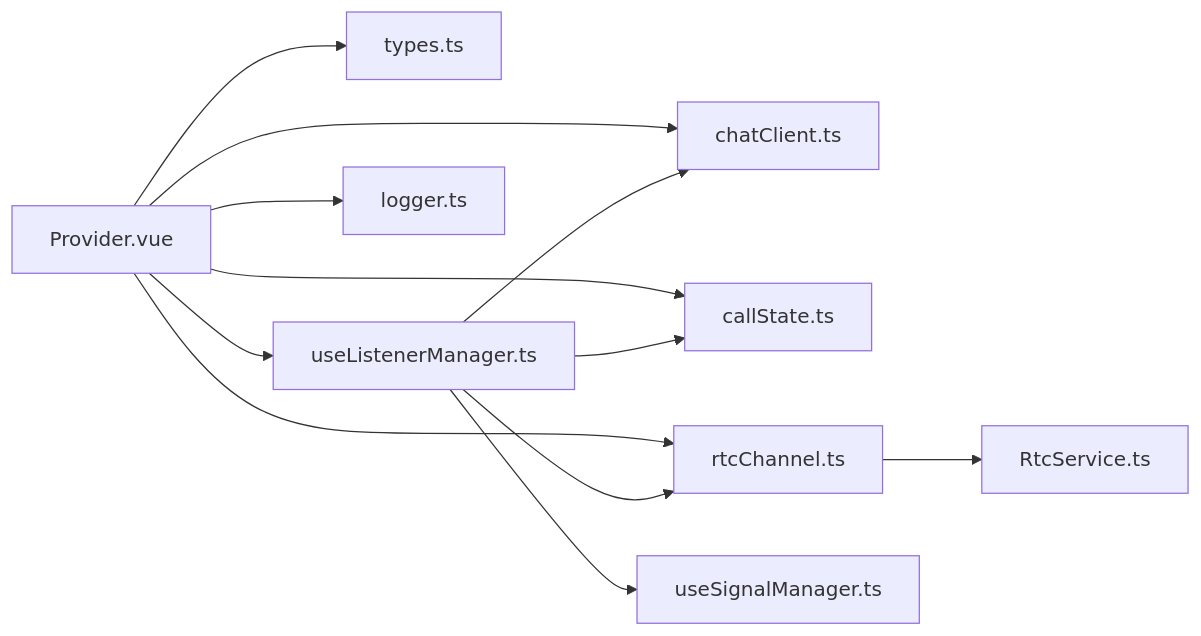
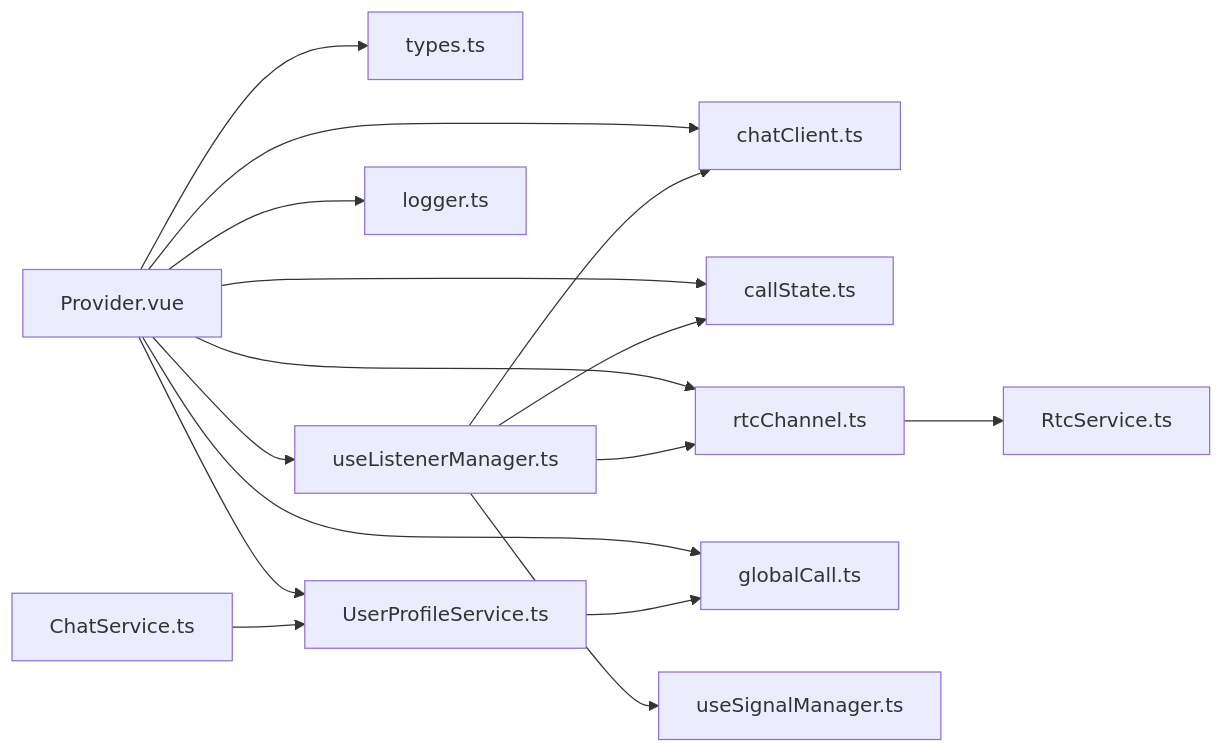
Before and after one commit to Easemob-Community/easemob-uikit-callkit-vue3: the fifth of 5 diagrams in .qoder/repowiki/zh/content/核心组件/Provider 组件.md, drawn with Mermaid. The commit also changed other lines of this file and 15 other files, not shown here.

````diff
--- a/.qoder/repowiki/zh/content/核心组件/Provider 组件.md
+++ b/.qoder/repowiki/zh/content/核心组件/Provider 组件.md
@@ -262,14 +324,18 @@
 ```mermaid
 graph LR
 Provider["Provider.vue"] --> Types["types.ts"]
 Provider --> ChatStore["chatClient.ts"]
 Provider --> CallState["callState.ts"]
 Provider --> RtcStore["rtcChannel.ts"]
+Provider --> GlobalStore["globalCall.ts"]
 Provider --> ListenerMgr["useListenerManager.ts"]
 Provider --> Logger["logger.ts"]
+Provider --> UserProfileSvc["UserProfileService.ts"]
 ListenerMgr --> ChatStore
 ListenerMgr --> CallState
 ListenerMgr --> RtcStore
 ListenerMgr --> SignalMgr["useSignalManager.ts"]
 RtcStore --> RtcSvc["RtcService.ts"]
+UserProfileSvc --> GlobalStore
+ChatSvc["ChatService.ts"] --> UserProfileSvc
 ```
````
